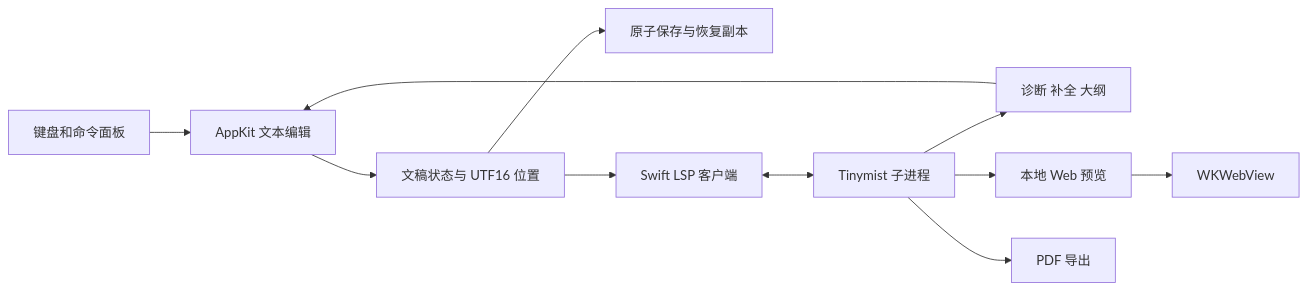
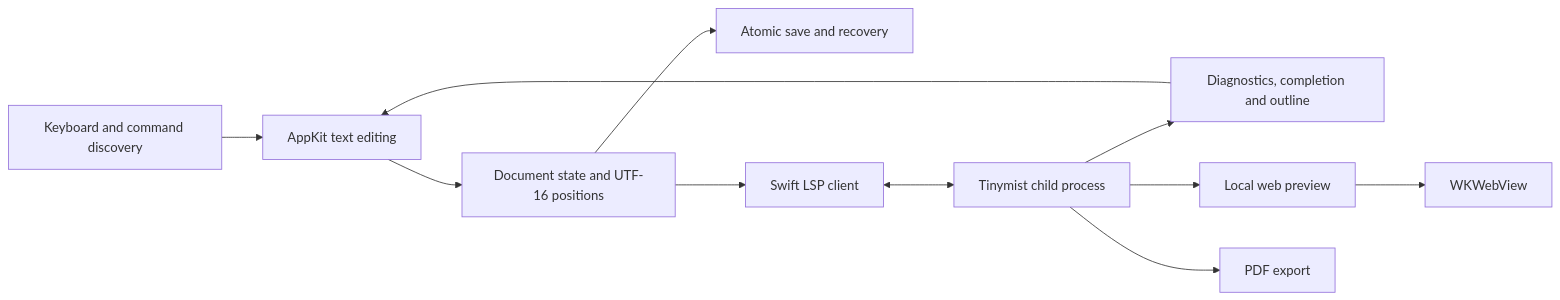
One commit to fenjin-ai/sumi changed the diagram in docs/architecture.md. Above: the diagram before and after it, drawn with Mermaid. The commit also changed other lines of this file and 193 other files, not shown here.

````diff
--- a/docs/architecture.md
+++ b/docs/architecture.md
@@ -16,13 +16,13 @@
 ```mermaid
 flowchart LR
-  User[键盘和命令面板] --> Editor[AppKit 文本编辑]
-  Editor --> Document[文稿状态与 UTF16 位置]
-  Document --> Files[原子保存与恢复副本]
-  Document --> LSP[Swift LSP 客户端]
-  LSP <--> Tinymist[Tinymist 子进程]
-  Tinymist --> Diagnostics[诊断 补全 大纲]
-  Tinymist --> Preview[本地 Web 预览]
+  User[Keyboard and command discovery] --> Editor[AppKit text editing]
+  Editor --> Document[Document state and UTF-16 positions]
+  Document --> Files[Atomic save and recovery]
+  Document --> LSP[Swift LSP client]
+  LSP <--> Tinymist[Tinymist child process]
+  Tinymist --> Feedback[Diagnostics, completion and outline]
+  Tinymist --> Preview[Local web preview]
   Preview --> WebView[WKWebView]
-  Tinymist --> PDF[PDF 导出]
-  Diagnostics --> Editor
+  Tinymist --> PDF[PDF export]
+  Feedback --> Editor
 ```
````
